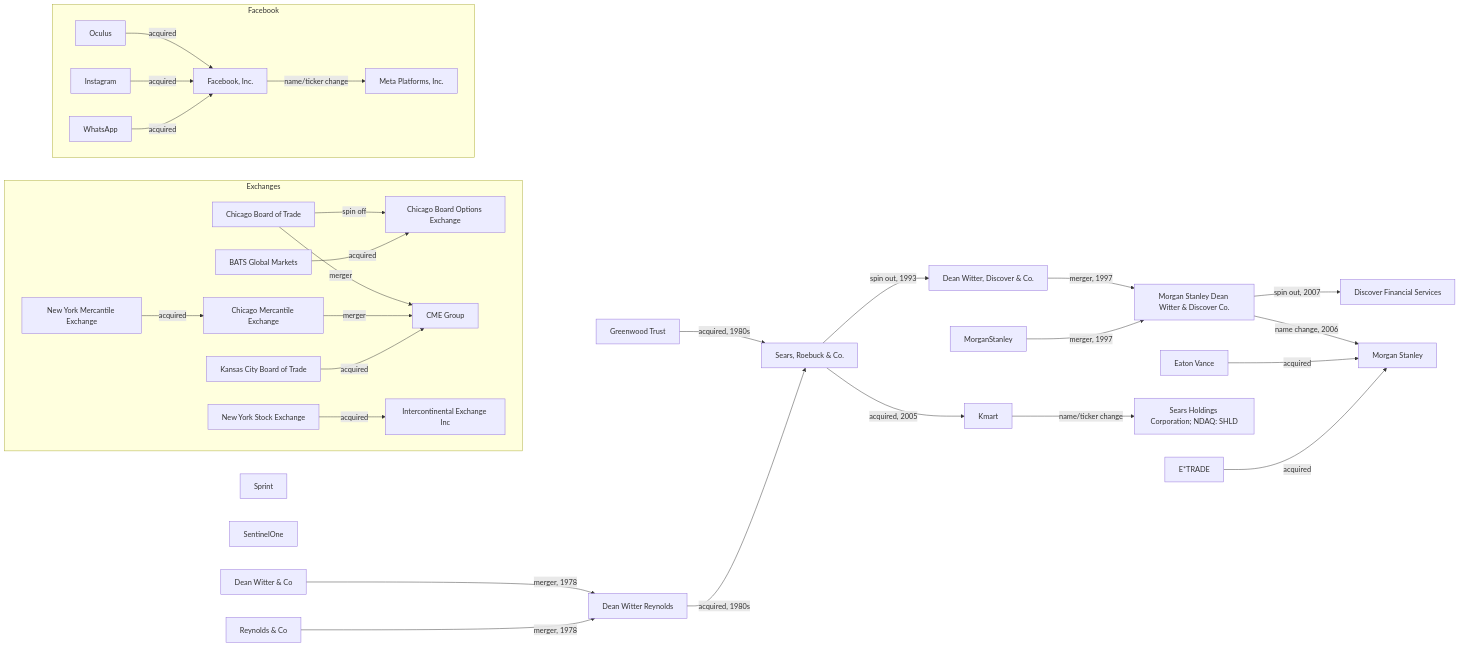
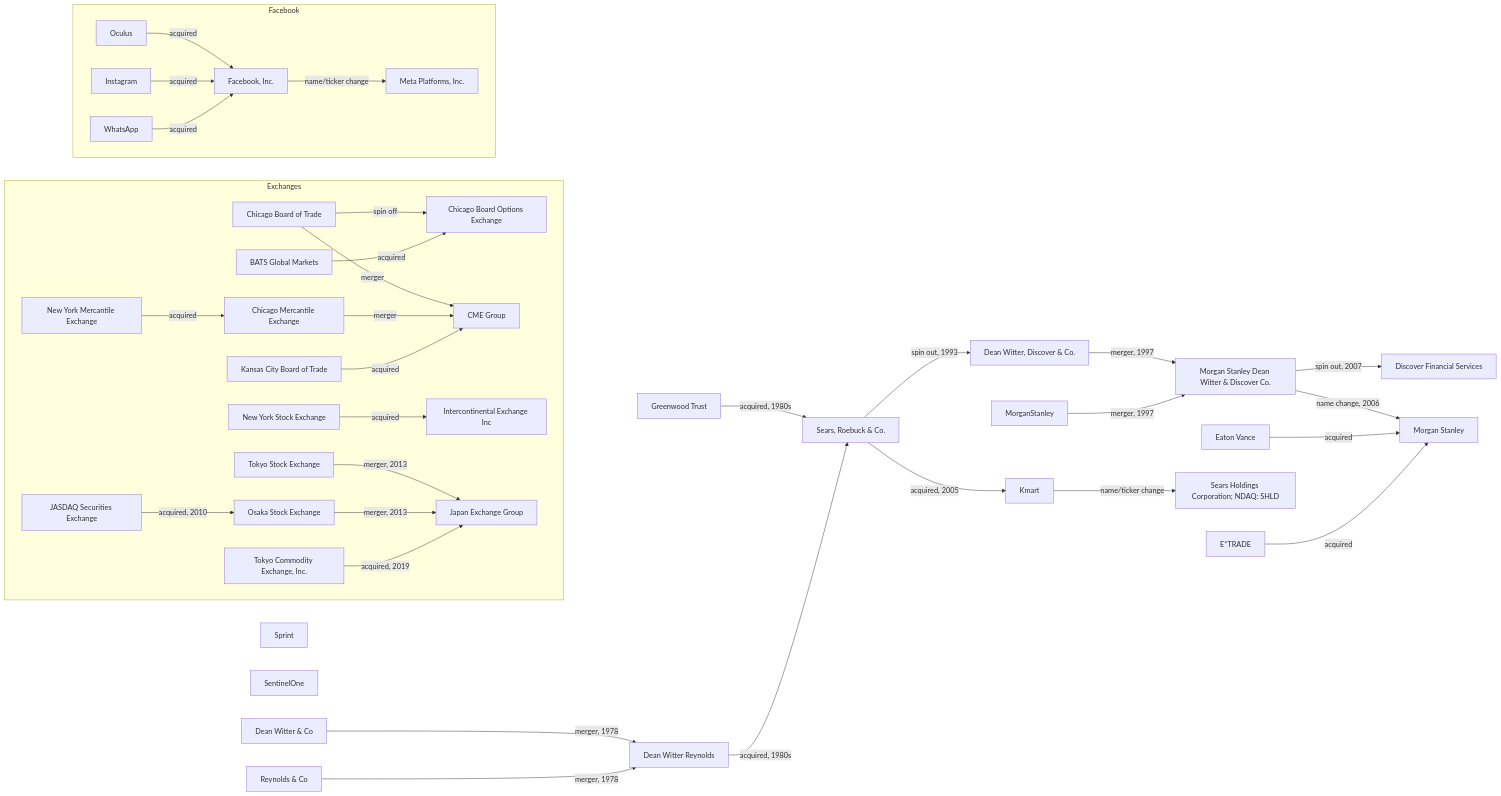
The diagram in README.md (stevestar888/web-of-finance), drawn with Mermaid before and after one commit.

````diff
--- a/README.md
+++ b/README.md
@@ -3,67 +3,78 @@
 ```mermaid
 graph LR;
 DFS[Discover Financial Services]
 DWD[Dean Witter, Discover & Co.]
 DWR[Dean Witter Reynolds]
 ETFC[E*TRADE]
 EV[Eaton Vance]
 FB[Facebook, Inc.]
 META[Meta Platforms, Inc.]
 MS[Morgan Stanley]
 S[Sears, Roebuck & Co.]
 S*[Sprint]
 S**[SentinelOne]
 SHLD[Sears Holdings Corporation; NDAQ: SHLD]
 
 GreenwoodTrust[Greenwood Trust]
 DeanWitter[Dean Witter & Co]
 Reynolds[Reynolds & Co]
 MorganStanley[MorganStanley]
 MorganStanleyDeanWitterDiscover[Morgan Stanley Dean Witter & Discover Co.]
 KMart[Kmart]
 WhatsApp[WhatsApp]
 Instagram[Instagram]
 Oculus[Oculus]
 CBOT[Chicago Board of Trade]
 CBOE[Chicago Board Options Exchange]
 CME[CME Group]
 ChicagoMercantileExchange[Chicago Mercantile Exchange]
 NYMEX[New York Mercantile Exchange]
 ICE[Intercontinental Exchange Inc]
 NYSE[New York Stock Exchange]
 BATS[BATS Global Markets]
 KCBT[Kansas City Board of Trade]
+JASDAQExchange[JASDAQ Securities Exchange]
+TSE[Tokyo Stock Exchange]
+OSE[Osaka Stock Exchange]
+JPX[Japan Exchange Group]
+TOCOM[Tokyo Commodity Exchange, Inc.]
+
 
 subgraph "Exchanges"
   direction LR
   CBOT -- spin off --> CBOE
   BATS -- acquired --> CBOE
   CBOT -- merger --> CME
   ChicagoMercantileExchange -- merger --> CME
   NYMEX -- acquired --> ChicagoMercantileExchange
   NYSE -- acquired --> ICE
   KCBT -- acquired --> CME
+
+  JASDAQExchange -- acquired, 2010 --> OSE
+  TSE -- merger, 2013 --> JPX
+  OSE -- merger, 2013 --> JPX
+  TOCOM -- acquired, 2019 --> JPX
 end
 
 DeanWitter -- merger, 1978 --> DWR
 Reynolds -- merger, 1978 --> DWR
 GreenwoodTrust -- acquired, 1980s --> S
 DWR -- acquired, 1980s --> S
 S -- spin out, 1993 --> DWD
 S -- acquired, 2005 --> KMart
 KMart -- name/ticker change --> SHLD
 DWD -- merger, 1997 --> MorganStanleyDeanWitterDiscover
 MorganStanley -- merger, 1997 --> MorganStanleyDeanWitterDiscover
 MorganStanleyDeanWitterDiscover -- spin out, 2007 --> DFS
 MorganStanleyDeanWitterDiscover -- name change, 2006 --> MS
 EV -- acquired --> MS
 ETFC -- acquired -->MS
 
 subgraph "Facebook"
   direction LR
   Oculus-- acquired --> FB
   Instagram-- acquired --> FB
   WhatsApp-- acquired --> FB
   FB -- name/ticker change --> META
 end
 ```
````
